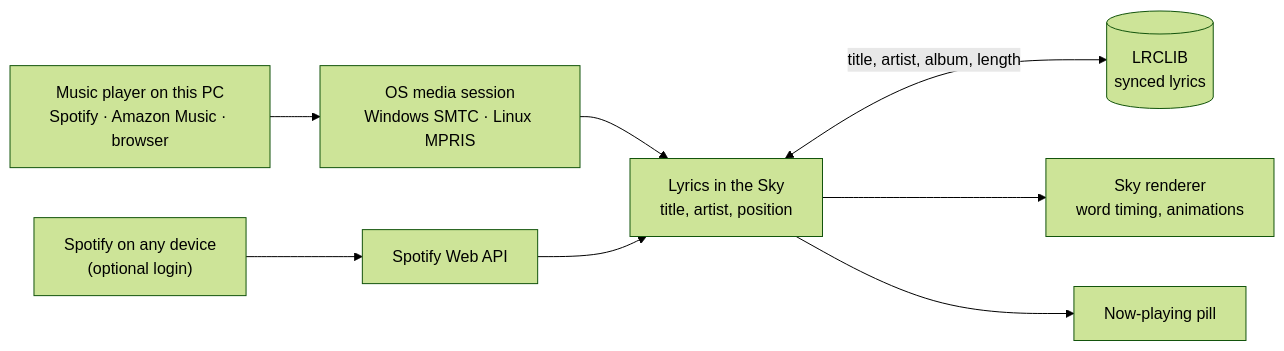
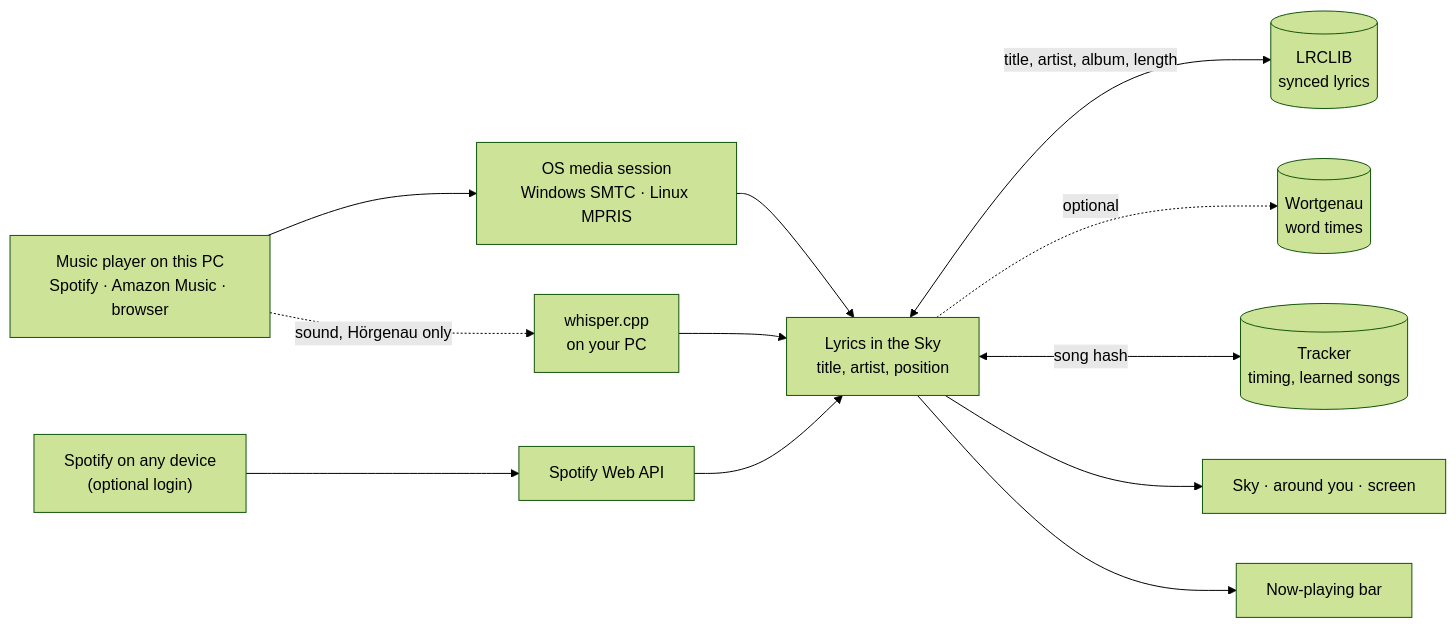
Before and after one commit to Henner4746/lyrics-in-the-sky: the diagram in README.md, drawn with Mermaid (forest theme). The commit also changed other lines of this file and 1 other file, not shown here.

````diff
--- a/README.md
+++ b/README.md
@@ -141,10 +260,14 @@
 ```mermaid
 flowchart LR
     A["Music player on this PC<br/>Spotify · Amazon Music · browser"] --> B["OS media session<br/>Windows SMTC · Linux MPRIS"]
+    G["Spotify on any device<br/>(optional login)"] --> H["Spotify Web API"]
     B --> C["Lyrics in the Sky<br/>title, artist, position"]
-    G["Spotify on any device<br/>(optional login)"] --> H["Spotify Web API"]
     H --> C
     C <-->|"title, artist, album, length"| D[("LRCLIB<br/>synced lyrics")]
-    C --> E["Sky renderer<br/>word timing, animations"]
-    C --> F["Now-playing pill"]
+    C -.->|"optional"| W[("Wortgenau<br/>word times")]
+    C <-->|"song hash"| T[("Tracker<br/>timing, learned songs")]
+    A -.->|"sound, Hörgenau only"| K["whisper.cpp<br/>on your PC"]
+    K --> C
+    C --> E["Sky · around you · screen"]
+    C --> F["Now-playing bar"]
 ```
````
